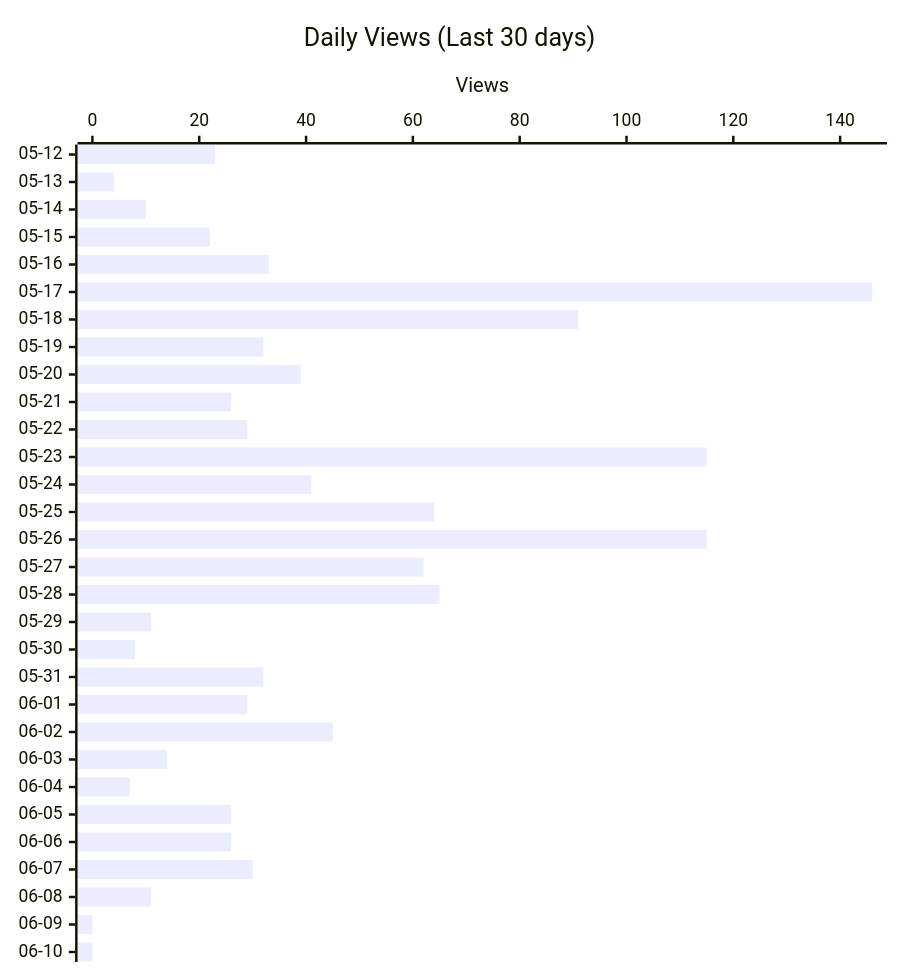
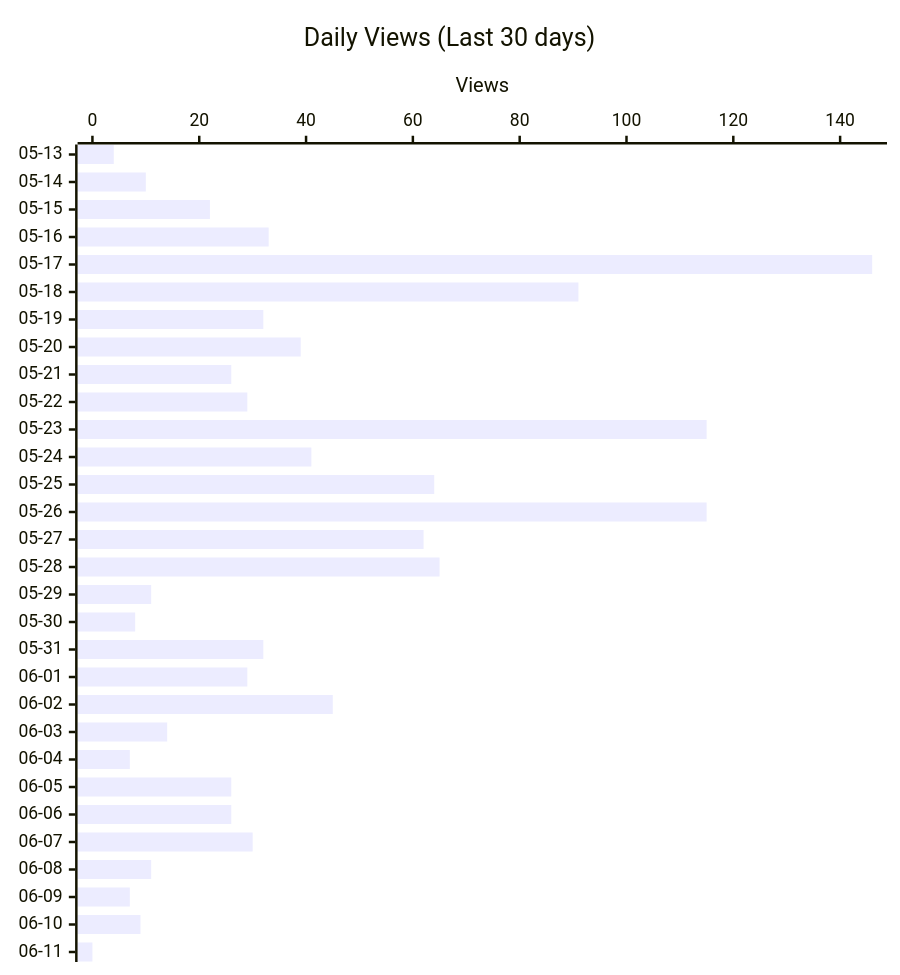
One commit to shigechika/github-insights changed the second of 3 diagrams in README.md. Above: the diagram before and after it, drawn with Mermaid. The commit also changed other lines of this file and 2 other files, not shown here.

````diff
--- a/README.md
+++ b/README.md
@@ -28,12 +28,12 @@
 ```mermaid
 ---
 config:
   xyChart:
     height: 760
 ---
 xychart-beta horizontal
     title "Daily Views (Last 30 days)"
-    x-axis ["05-12", "05-13", "05-14", "05-15", "05-16", "05-17", "05-18", "05-19", "05-20", "05-21", "05-22", "05-23", "05-24", "05-25", "05-26", "05-27", "05-28", "05-29", "05-30", "05-31", "06-01", "06-02", "06-03", "06-04", "06-05", "06-06", "06-07", "06-08", "06-09", "06-10"]
+    x-axis ["05-13", "05-14", "05-15", "05-16", "05-17", "05-18", "05-19", "05-20", "05-21", "05-22", "05-23", "05-24", "05-25", "05-26", "05-27", "05-28", "05-29", "05-30", "05-31", "06-01", "06-02", "06-03", "06-04", "06-05", "06-06", "06-07", "06-08", "06-09", "06-10", "06-11"]
     y-axis "Views"
-    bar [23, 4, 10, 22, 33, 146, 91, 32, 39, 26, 29, 115, 41, 64, 115, 62, 65, 11, 8, 32, 29, 45, 14, 7, 26, 26, 30, 11, 0, 0]
+    bar [4, 10, 22, 33, 146, 91, 32, 39, 26, 29, 115, 41, 64, 115, 62, 65, 11, 8, 32, 29, 45, 14, 7, 26, 26, 30, 11, 7, 9, 0]
 ```
````
